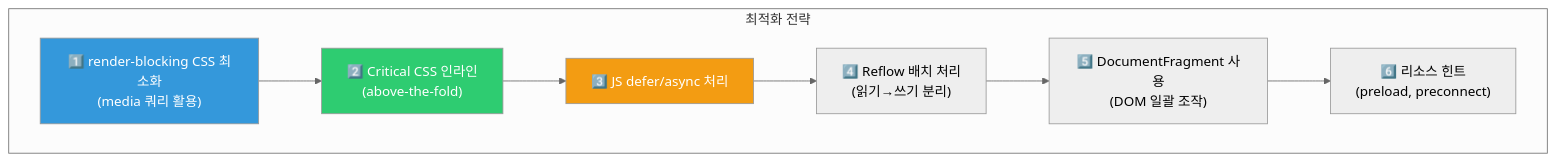
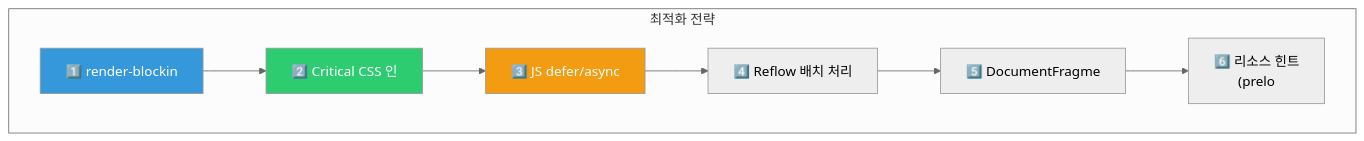
Before and after one commit to yjkim2015/yjkim2015.github.io: the seventh of 8 diagrams in _posts/frontend/2026-05-01-browser-rendering.md, drawn with Mermaid (neutral theme). The commit also changed other lines of this file and 271 other files, not shown here.

First line of the commit message:
Mermaid 라벨 축소: 긴 노드 텍스트 18자 이하로 트림 + \n 제거

````diff
--- a/_posts/frontend/2026-05-01-browser-rendering.md
+++ b/_posts/frontend/2026-05-01-browser-rendering.md
@@ -332,15 +332,15 @@
 ```mermaid
 flowchart TD
     subgraph "최적화 전략"
-        A["1️⃣ render-blocking CSS 최소화\n(media 쿼리 활용)"]
-        B["2️⃣ Critical CSS 인라인\n(above-the-fold)"]
-        C["3️⃣ JS defer/async 처리"]
-        D["4️⃣ Reflow 배치 처리\n(읽기→쓰기 분리)"]
-        E["5️⃣ DocumentFragment 사용\n(DOM 일괄 조작)"]
-        F["6️⃣ 리소스 힌트\n(preload, preconnect)"]
+        A["1️⃣ render-blockin"]
+        B["2️⃣ Critical CSS 인"]
+        C["3️⃣ JS defer/async"]
+        D["4️⃣ Reflow 배치 처리\n"]
+        E["5️⃣ DocumentFragme"]
+        F["6️⃣ 리소스 힌트\n(prelo"]
     end
     A --> B --> C --> D --> E --> F
     style A fill:#3498db,color:#fff
     style B fill:#2ecc71,color:#fff
     style C fill:#f39c12,color:#fff
 ```
````
